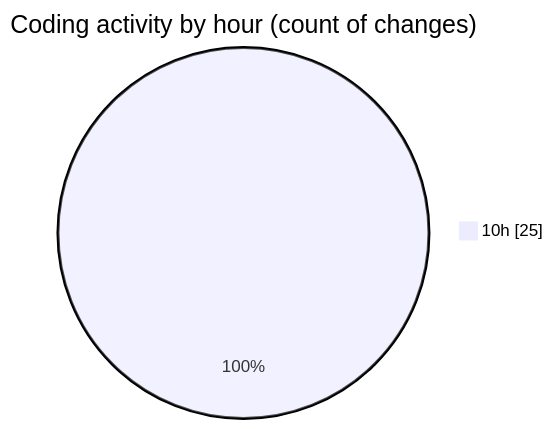
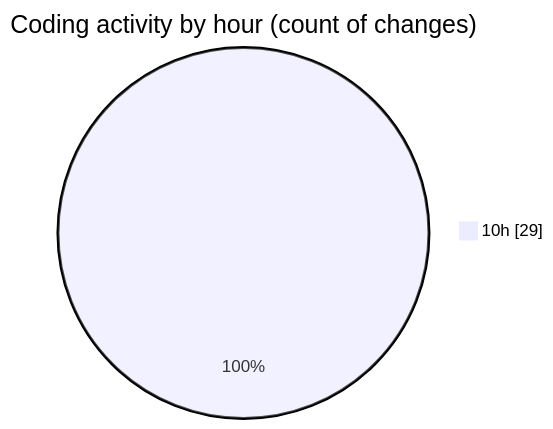
One commit to momahboobian/code-tracking changed the second of 2 diagrams in 2025-02-10/cda/README.md. Above: the diagram before and after it, drawn with Mermaid. The commit also changed other lines of this file and 1 other file, not shown here.

````diff
--- a/2025-02-10/cda/README.md
+++ b/2025-02-10/cda/README.md
@@ -32,5 +32,5 @@
 ```mermaid
 pie showData
 title Coding activity by hour (count of changes)
-"10h" : 25
+"10h" : 29
 ```
````
